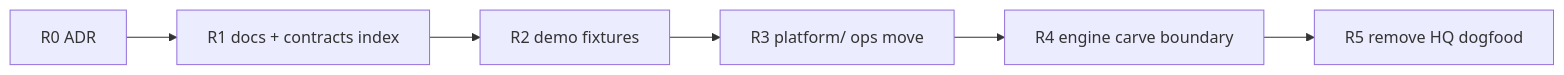
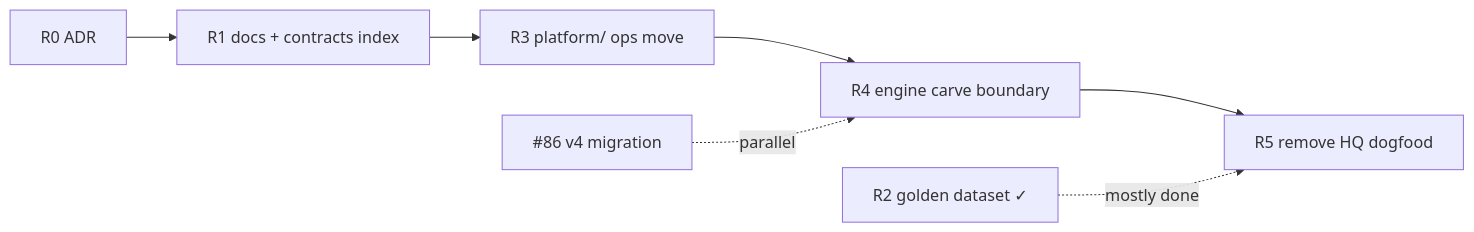
The third of 3 diagrams in docs/hq-restructure-plan.md (sibling-shipyard/coach-hq), drawn with Mermaid before and after one commit. The commit also changed other lines of this file and 1 other file, not shown here.

````diff
--- a/docs/hq-restructure-plan.md
+++ b/docs/hq-restructure-plan.md
@@ -138,8 +165,9 @@
 ```mermaid
 flowchart LR
   R0["R0 ADR"] --> R1["R1 docs + contracts index"]
-  R1 --> R2["R2 demo fixtures"]
-  R2 --> R3["R3 platform/ ops move"]
+  R1 --> R3["R3 platform/ ops move"]
   R3 --> R4["R4 engine carve boundary"]
   R4 --> R5["R5 remove HQ dogfood"]
+  R2done["R2 golden dataset ✓"] -.->|mostly done| R5
+  v4["#86 v4 migration"] -.->|parallel| R4
 ```
````
